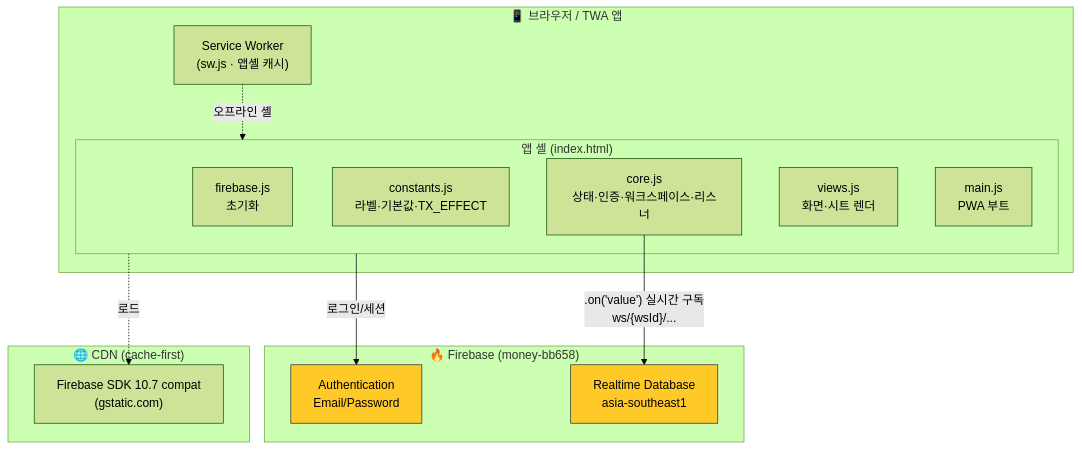
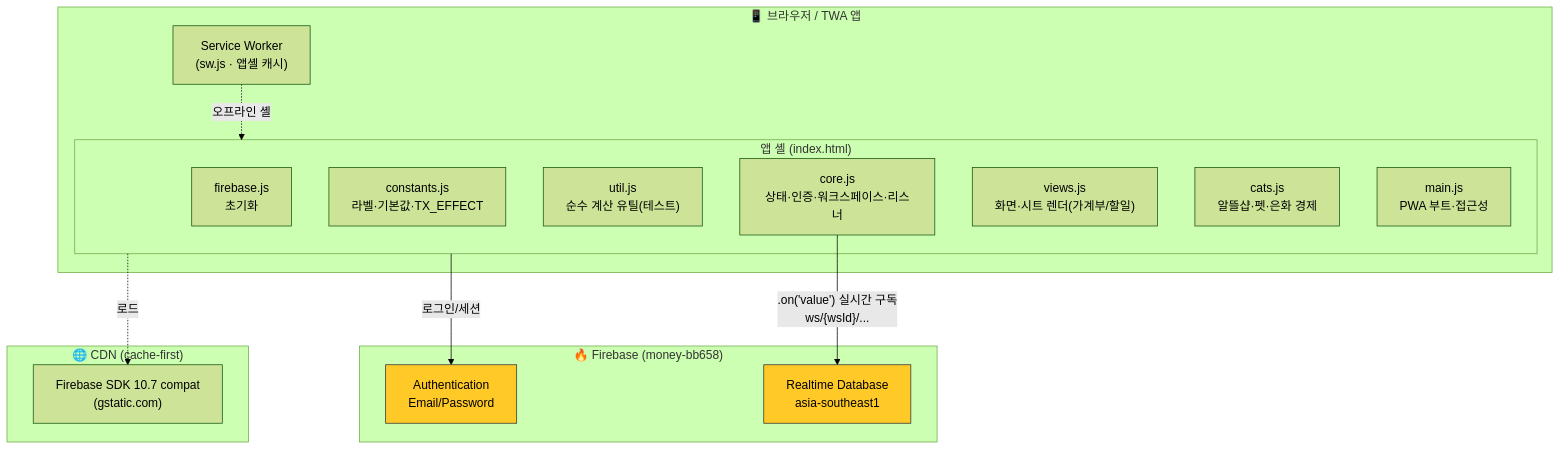
One commit to iambulb/accountbook changed the first of 4 diagrams in docs/architecture.md. Above: the diagram before and after it, drawn with Mermaid (forest theme). The commit also changed other lines of this file and 8 other files, not shown here.

````diff
--- a/docs/architecture.md
+++ b/docs/architecture.md
@@ -7,30 +7,32 @@
 ```mermaid
 graph TB
     subgraph Client["📱 브라우저 / TWA 앱"]
         SW["Service Worker<br/>(sw.js · 앱셸 캐시)"]
         subgraph Shell["앱 셸 (index.html)"]
             FB["firebase.js<br/>초기화"]
             CONST["constants.js<br/>라벨·기본값·TX_EFFECT"]
+            UTIL["util.js<br/>순수 계산 유틸(테스트)"]
             CORE["core.js<br/>상태·인증·워크스페이스·리스너"]
-            VIEWS["views.js<br/>화면·시트 렌더"]
-            MAIN["main.js<br/>PWA 부트"]
+            VIEWS["views.js<br/>화면·시트 렌더(가계부/할일)"]
+            CATS["cats.js<br/>알뜰샵·펫·은화 경제"]
+            MAIN["main.js<br/>PWA 부트·접근성"]
         end
     end
 
     subgraph CDN["🌐 CDN (cache-first)"]
         FBSDK["Firebase SDK 10.7 compat<br/>(gstatic.com)"]
     end
 
     subgraph Firebase["🔥 Firebase (money-bb658)"]
         AUTH["Authentication<br/>Email/Password"]
         RTDB["Realtime Database<br/>asia-southeast1"]
     end
 
     Shell -->|로그인/세션| AUTH
     CORE -->|".on('value') 실시간 구독<br/>ws/{wsId}/..."| RTDB
     Shell -.->|로드| FBSDK
     SW -.->|오프라인 셸| Shell
 
     classDef fb fill:#ffca28,stroke:#333,color:#000
     class AUTH,RTDB fb
 ```
````
